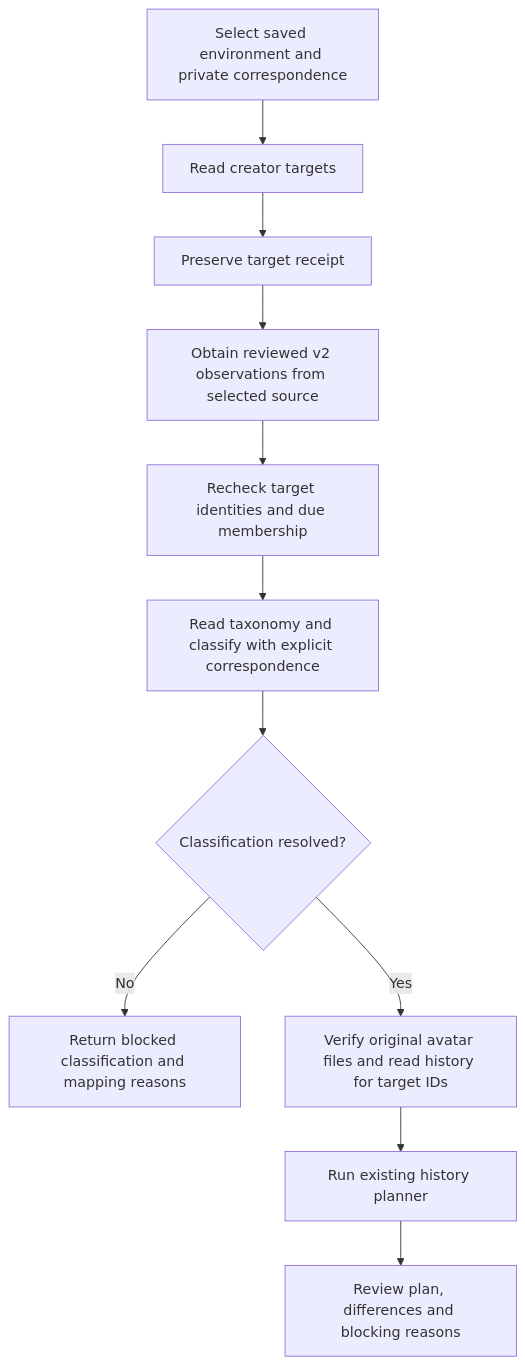
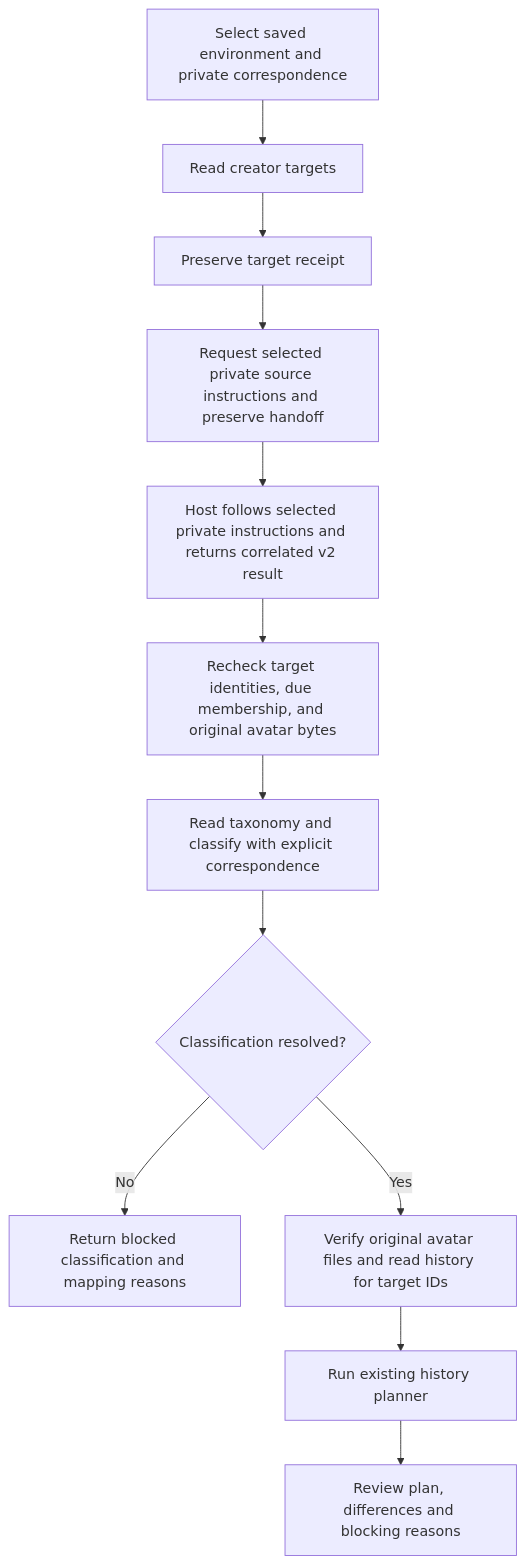
One commit to flair-agency/live-agency-creator-invitation-eligibility-record changed the diagram in references/environment-workflow.md. Above: the diagram before and after it, drawn with Mermaid. The commit also changed other lines of this file and 4 other files, not shown here.

Commit message:
Connect selected invitation source handoff

````diff
--- a/references/environment-workflow.md
+++ b/references/environment-workflow.md
@@ -79,13 +79,14 @@
 ```mermaid
 flowchart TD
   A["Select saved environment and private correspondence"] --> B["Read creator targets"]
   B --> C["Preserve target receipt"]
-  C --> D["Obtain reviewed v2 observations from selected source"]
-  D --> E["Recheck target identities and due membership"]
+  C --> D["Request selected private source instructions and preserve handoff"]
+  D --> R["Host follows selected private instructions and returns correlated v2 result"]
+  R --> E["Recheck target identities, due membership, and original avatar bytes"]
   E --> F["Read taxonomy and classify with explicit correspondence"]
   F --> G{"Classification resolved?"}
   G -->|No| H["Return blocked classification and mapping reasons"]
   G -->|Yes| I["Verify original avatar files and read history for target IDs"]
   I --> J["Run existing history planner"]
   J --> K["Review plan, differences and blocking reasons"]
 ```
````
